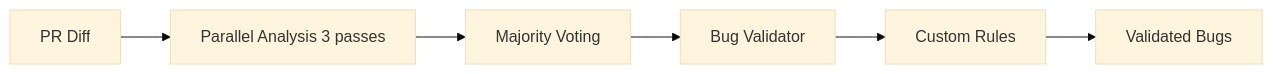
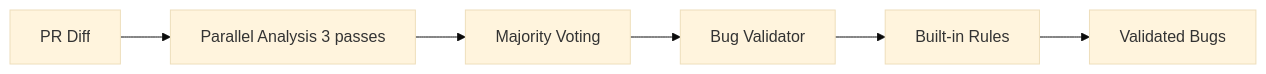
One commit to Senna46/claude-code-bughunter changed the diagram in README.md. Above: the diagram before and after it, drawn with Mermaid (base theme). The commit also changed other lines of this file and 5 other files, not shown here.

First line of the commit message:
Refactor configuration and documentation for built-in rules support

````diff
--- a/README.md
+++ b/README.md
@@ -276,8 +244,8 @@
 ```mermaid
 flowchart LR
     A[PR Diff] --> B[Parallel Analysis 3 passes]
     B --> C[Majority Voting]
     C --> D[Bug Validator]
-    D --> E[Custom Rules]
+    D --> E[Built-in Rules]
     E --> F[Validated Bugs]
 ```
````
